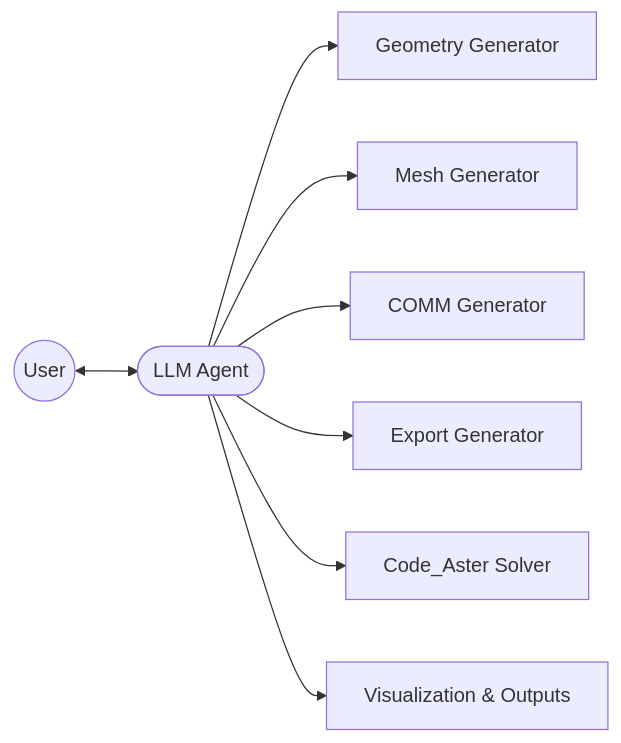
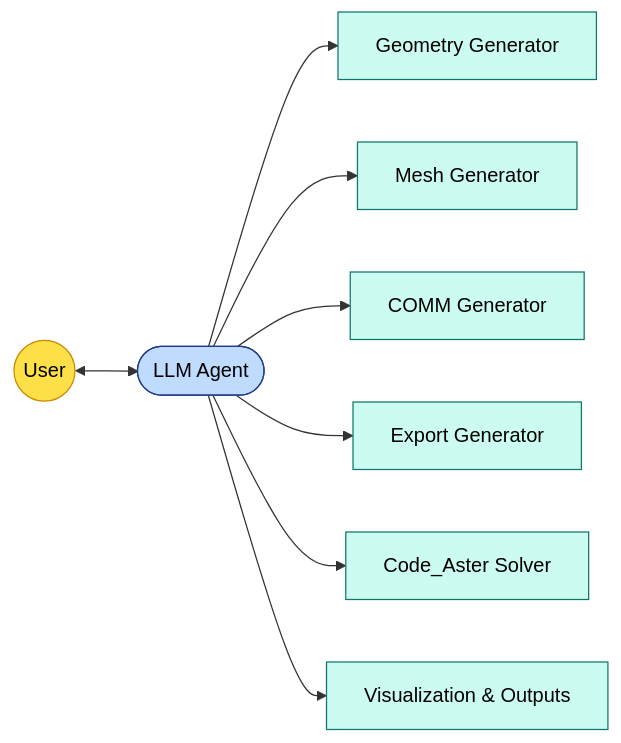
Before and after one commit to AmirYarmhmdi/codeaster-llm-agent-showcase: the diagram in README.md, drawn with Mermaid.

````diff
--- a/README.md
+++ b/README.md
@@ -150,24 +148,39 @@
 ```mermaid
 graph LR
 
     %% Nodes
     A((User))
     B([LLM Agent])
 
     G[Geometry Generator]
     M[Mesh Generator]
     D[COMM Generator]
     E[Export Generator]
     F[Code_Aster Solver]
     H[Visualization & Outputs]
 
     %% Connections
     A <--> B
 
     B --> G
     B --> M
     B --> D
     B --> E
     B --> F
     B --> H
+
+    %% --- Colors ---
+    %% User (circle)
+    style A fill:#fde047,stroke:#ca8a04,color:#000
+
+    %% LLM Agent (blue)
+    style B fill:#bfdbfe,stroke:#1e3a8a,color:#000
+
+    %% Tools (teal/green-ish)
+    style G fill:#ccfbf1,stroke:#0f766e,color:#000
+    style M fill:#ccfbf1,stroke:#0f766e,color:#000
+    style D fill:#ccfbf1,stroke:#0f766e,color:#000
+    style E fill:#ccfbf1,stroke:#0f766e,color:#000
+    style F fill:#ccfbf1,stroke:#0f766e,color:#000
+    style H fill:#ccfbf1,stroke:#0f766e,color:#000
 ```
````
